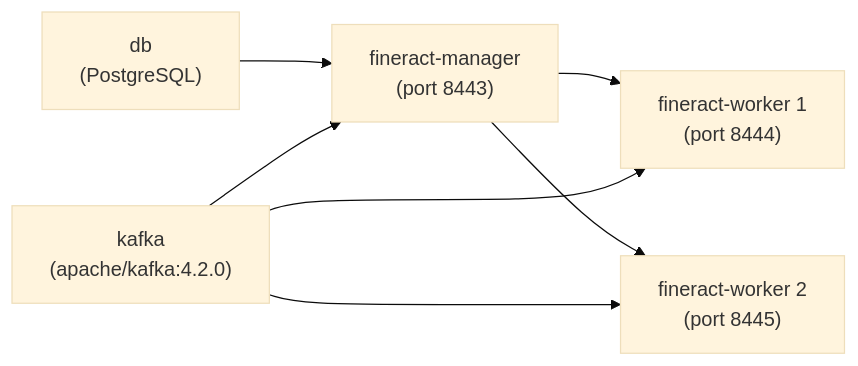
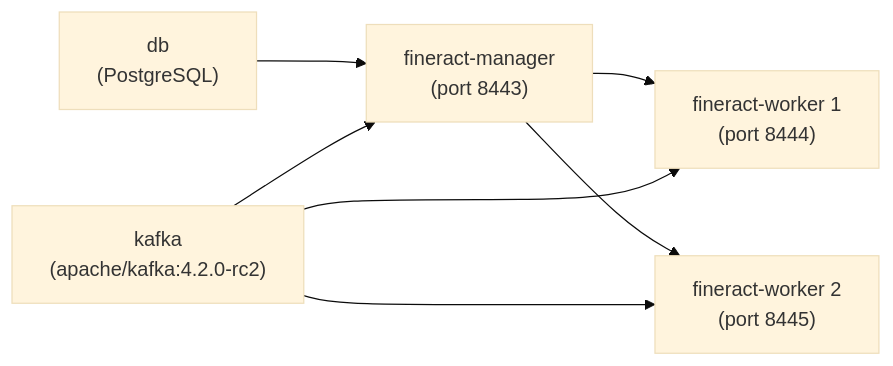
The diagram in reference/docker-kubernetes.mdx (mintlify-atlas/docs-wiki-01cea823), drawn with Mermaid (base theme) before and after one commit. The commit also changed other lines of this file and 46 other files, not shown here.

````diff
--- a/reference/docker-kubernetes.mdx
+++ b/reference/docker-kubernetes.mdx
@@ -74,15 +74,15 @@
 ```mermaid
 graph LR
-    kafka["kafka<br/>(apache/kafka:4.2.0)"]
+    kafka["kafka<br/>(apache/kafka:4.2.0-rc2)"]
     db["db<br/>(PostgreSQL)"]
     mgr["fineract-manager<br/>(port 8443)"]
     w1["fineract-worker 1<br/>(port 8444)"]
     w2["fineract-worker 2<br/>(port 8445)"]
 
     db --> mgr
     kafka --> mgr
     mgr --> w1
     mgr --> w2
     kafka --> w1
     kafka --> w2
 ```
````
